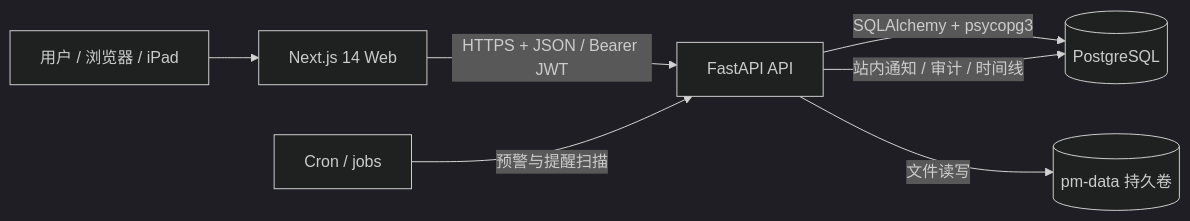
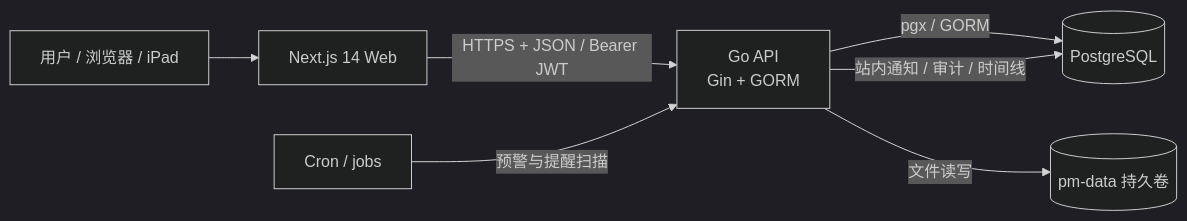
The first of 8 diagrams in README.md (passwii/digitalProjectManagement), drawn with Mermaid (dark theme) before and after one commit. The commit also changed other lines of this file and 179 other files, not shown here.

First line of the commit message:
feat(api): 全局后端 FastAPI 重构为 Go 模块化单体 (#196)

````diff
--- a/README.md
+++ b/README.md
@@ -39,9 +39,9 @@
 ```mermaid
 flowchart LR
     U["用户 / 浏览器 / iPad"] --> W["Next.js 14 Web"]
-    W -->|"HTTPS + JSON / Bearer JWT"| A["FastAPI API"]
-    A -->|"SQLAlchemy + psycopg3"| DB[("PostgreSQL")]
+    W -->|"HTTPS + JSON / Bearer JWT"| A["Go API<br/>Gin + GORM"]
+    A -->|"pgx / GORM"| DB[("PostgreSQL")]
     A -->|"文件读写"| VOL[("pm-data 持久卷")]
     C["Cron / jobs"] -->|"预警与提醒扫描"| A
     A -->|"站内通知 / 审计 / 时间线"| DB
 ```
````
